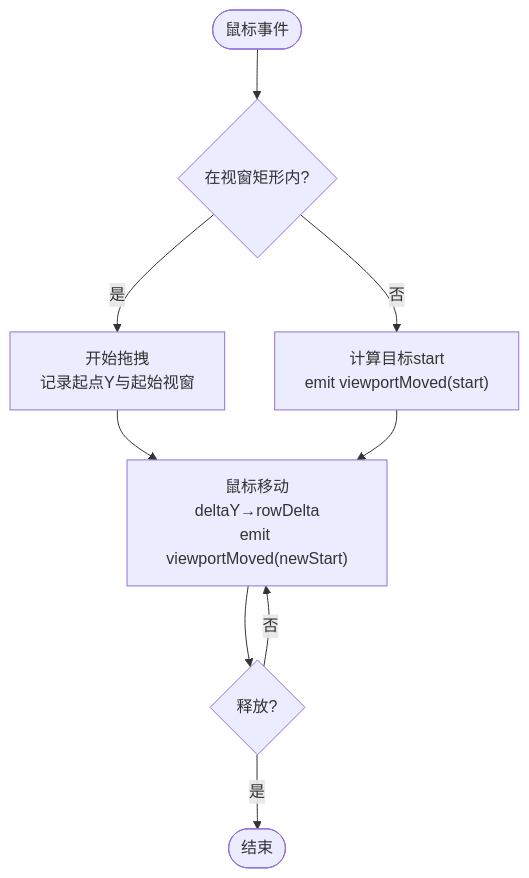
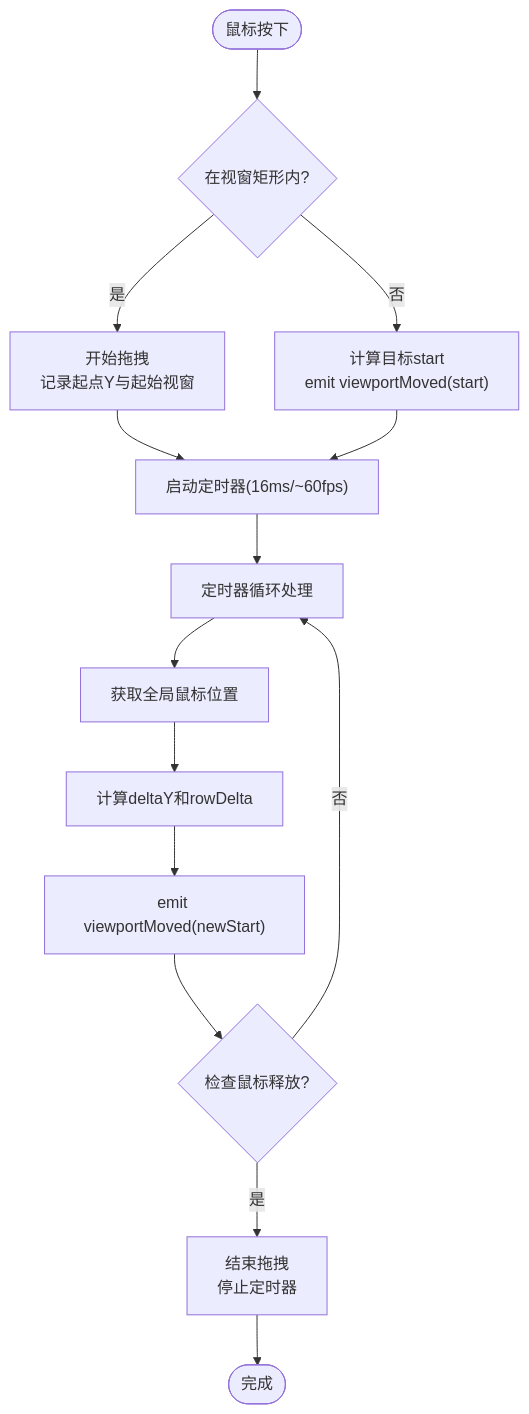
One commit to jakecai1225-design/OpenBus changed the fourth of 6 diagrams in .qoder/repowiki/zh/content/架构设计/UI系统设计/跟踪视图视口概览.md. Above: the diagram before and after it, drawn with Mermaid. The commit also changed other lines of this file and 18 other files, not shown here.

````diff
--- a/.qoder/repowiki/zh/content/架构设计/UI系统设计/跟踪视图视口概览.md
+++ b/.qoder/repowiki/zh/content/架构设计/UI系统设计/跟踪视图视口概览.md
@@ -169,11 +187,16 @@
 ```mermaid
 flowchart TD
-Start(["鼠标事件"]) --> CheckInVP{"在视窗矩形内?"}
-CheckInVP --> |是| Drag["开始拖拽<br/>记录起点Y与起始视窗"]
+Start(["鼠标按下"]) --> CheckInVP{"在视窗矩形内?"}
+CheckInVP --> |是| StartDrag["开始拖拽<br/>记录起点Y与起始视窗"]
 CheckInVP --> |否| Jump["计算目标start<br/>emit viewportMoved(start)"]
-Drag --> Move["鼠标移动<br/>deltaY→rowDelta<br/>emit viewportMoved(newStart)"]
-Jump --> Move
-Move --> Release{"释放?"}
-Release --> |是| End(["结束"])
-Release --> |否| Move
+StartDrag --> StartTimer["启动定时器(16ms/~60fps)"]
+Jump --> StartTimer
+StartTimer --> DragLoop["定时器循环处理"]
+DragLoop --> GetGlobalPos["获取全局鼠标位置"]
+GetGlobalPos --> CalcDelta["计算deltaY和rowDelta"]
+CalcDelta --> EmitMove["emit viewportMoved(newStart)"]
+EmitMove --> CheckRelease{"检查鼠标释放?"}
+CheckRelease --> |否| DragLoop
+CheckRelease --> |是| EndDrag["结束拖拽<br/>停止定时器"]
+EndDrag --> End(["完成"])
 ```
````
